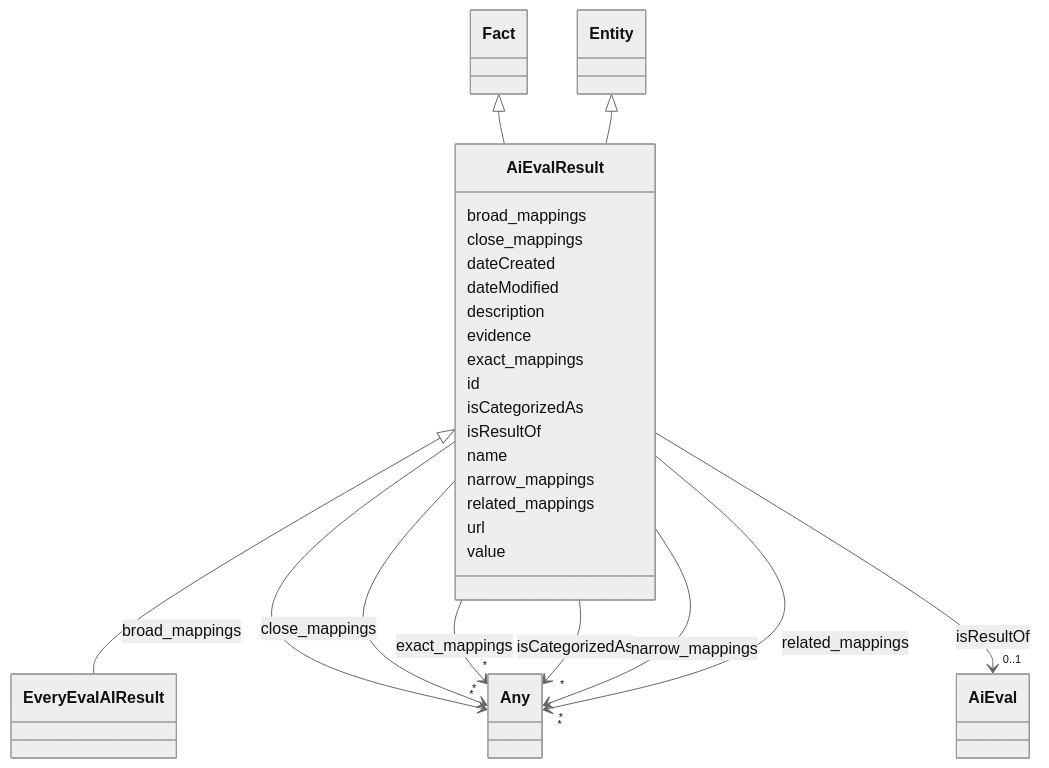
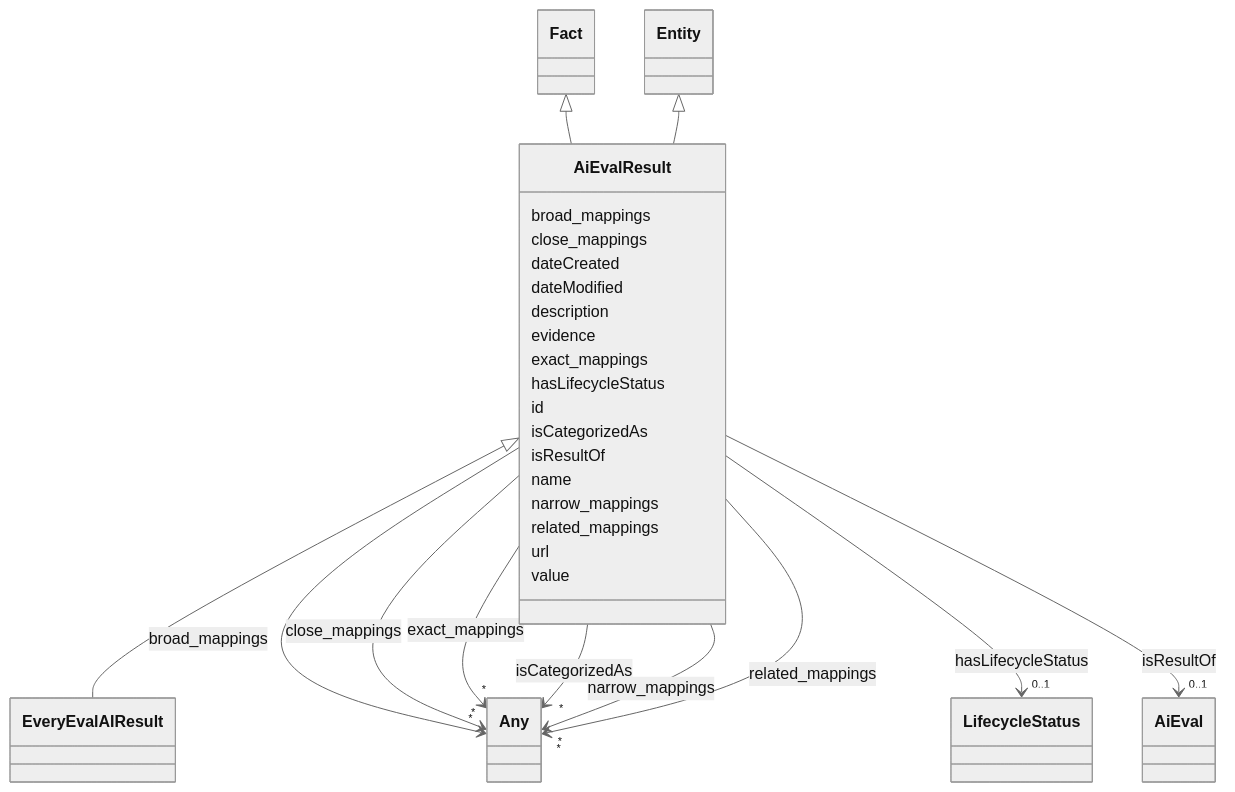
Before and after one commit to ingelise/risk-atlas-nexus: the diagram in docs/ontology/AiEvalResult.md, drawn with Mermaid (neutral theme). The commit also changed other lines of this file and 206 other files, not shown here.

```diff
--- a/docs/ontology/AiEvalResult.md
+++ b/docs/ontology/AiEvalResult.md
@@ -63,6 +63,17 @@
 
         AiEvalResult --> "*" Any : exact_mappings
         click Any href "../Any/"
+
+
+
+      AiEvalResult : hasLifecycleStatus
+
+
+
+
+
+        AiEvalResult --> "0..1" LifecycleStatus : hasLifecycleStatus
+        click LifecycleStatus href "../LifecycleStatus/"
 
 
 
```
